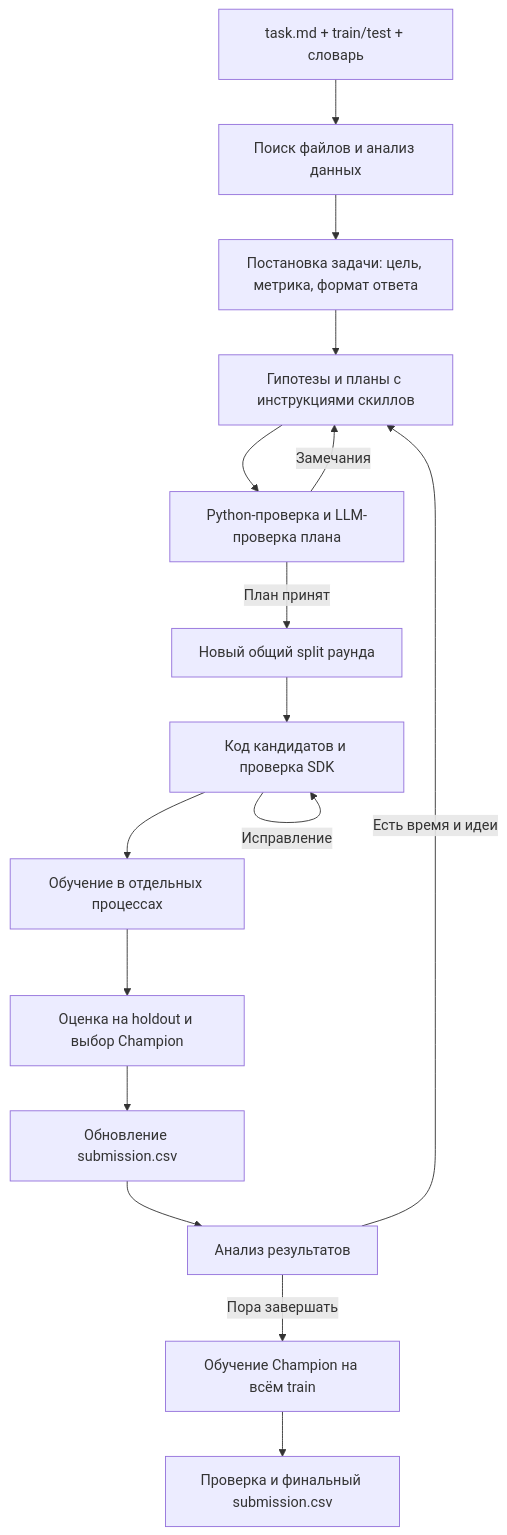
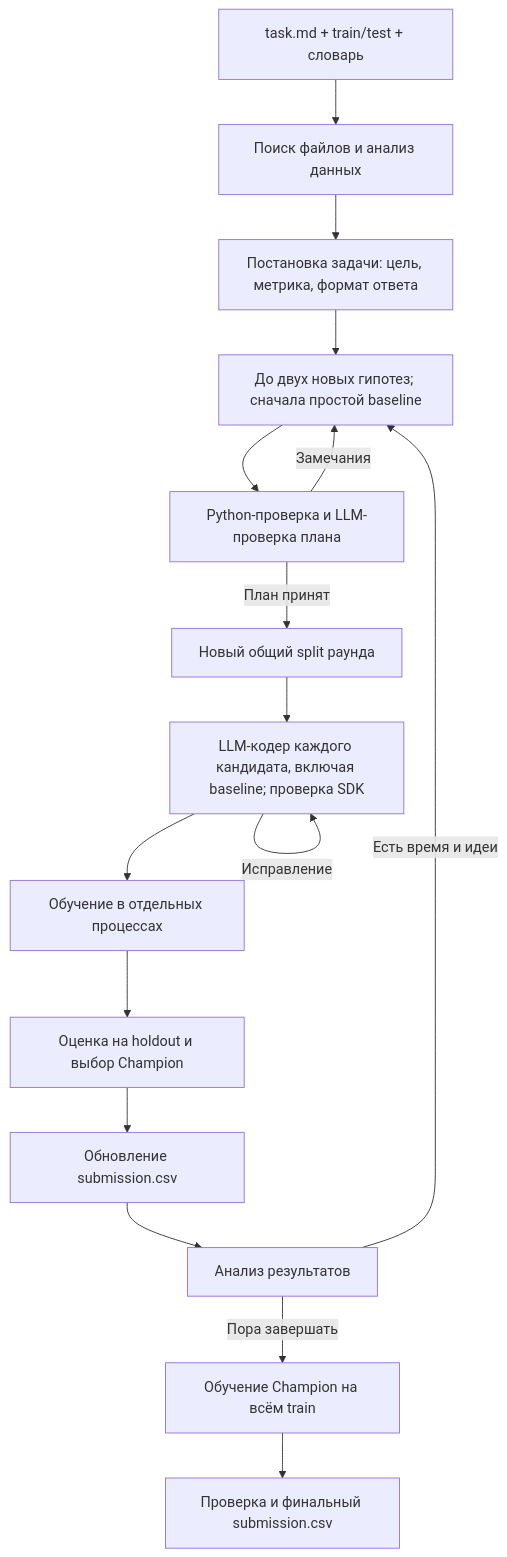
Before and after one commit to epitaph76/MLmom: the diagram in docs/LIFECYCLE.md, drawn with Mermaid. The commit also changed other lines of this file and 34 other files, not shown here.

````diff
--- a/docs/LIFECYCLE.md
+++ b/docs/LIFECYCLE.md
@@ -5,18 +5,18 @@
 ```mermaid
 flowchart TD
     A["task.md + train/test + словарь"] --> B["Поиск файлов и анализ данных"]
     B --> C["Постановка задачи: цель, метрика, формат ответа"]
-    C --> D["Гипотезы и планы с инструкциями скиллов"]
+    C --> D["До двух новых гипотез; сначала простой baseline"]
     D --> E["Python-проверка и LLM-проверка плана"]
     E -->|"Замечания"| D
     E -->|"План принят"| F["Новый общий split раунда"]
-    F --> G["Код кандидатов и проверка SDK"]
+    F --> G["LLM-кодер каждого кандидата, включая baseline; проверка SDK"]
     G -->|"Исправление"| G
     G --> H["Обучение в отдельных процессах"]
     H --> I["Оценка на holdout и выбор Champion"]
     I --> J["Обновление submission.csv"]
     J --> K["Анализ результатов"]
     K -->|"Есть время и идеи"| D
     K -->|"Пора завершать"| L["Обучение Champion на всём train"]
     L --> M["Проверка и финальный submission.csv"]
 ```
````
